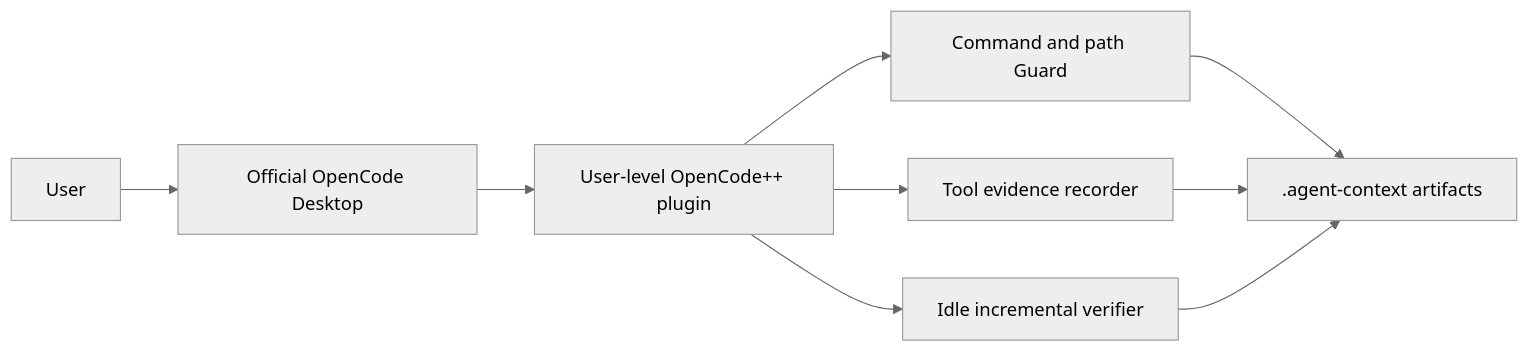
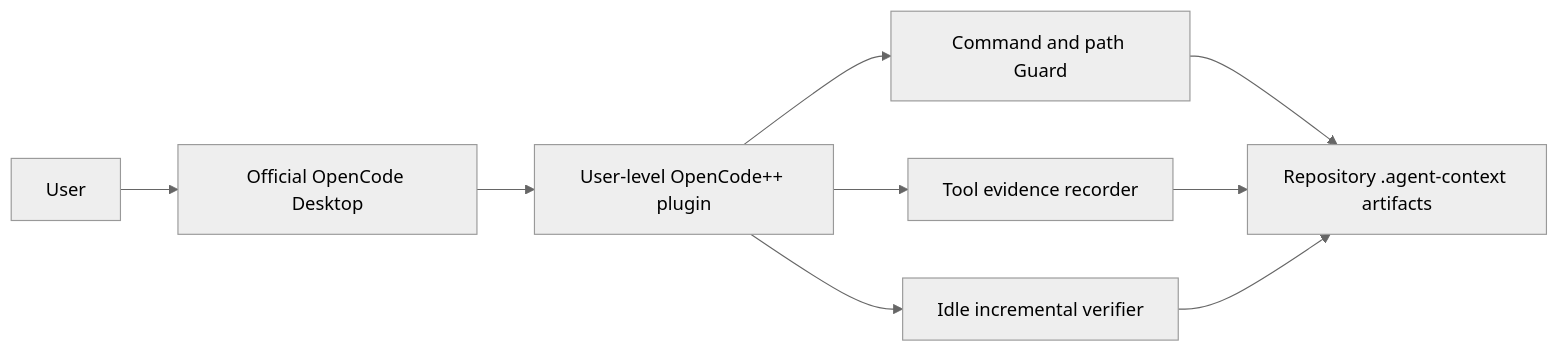
One commit to whut09/Repo-to-Agent-Context changed the diagram in docs/integrations/opencode-sidecar.md. Above: the diagram before and after it, drawn with Mermaid (neutral theme). The commit also changed other lines of this file and 34 other files, not shown here.

````diff
--- a/docs/integrations/opencode-sidecar.md
+++ b/docs/integrations/opencode-sidecar.md
@@ -7,11 +9,11 @@
 ```mermaid
 flowchart LR
   User["User"] --> Desktop["Official OpenCode Desktop"]
   Desktop --> Plugin["User-level OpenCode++ plugin"]
   Plugin --> Guard["Command and path Guard"]
   Plugin --> Evidence["Tool evidence recorder"]
   Plugin --> Verify["Idle incremental verifier"]
-  Guard --> Artifacts[".agent-context artifacts"]
+  Guard --> Artifacts["Repository .agent-context artifacts"]
   Evidence --> Artifacts
   Verify --> Artifacts
 ```
````
